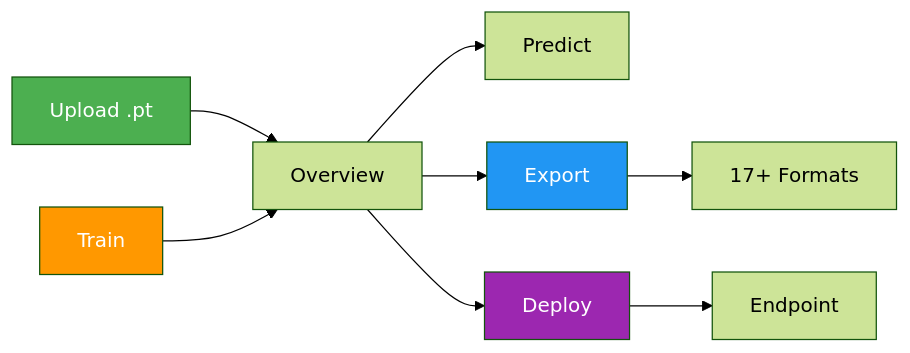
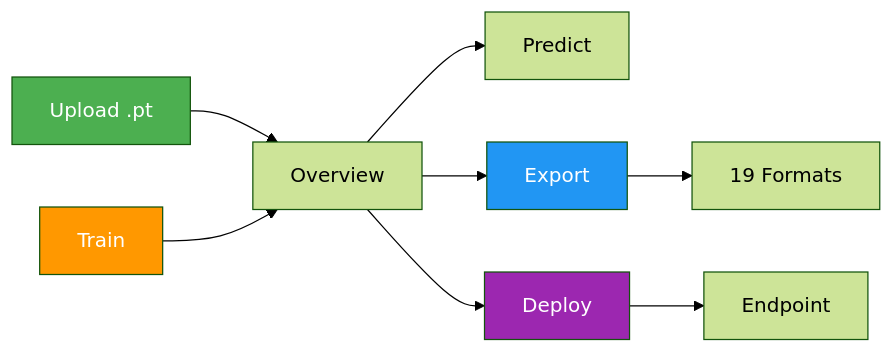
The first of 2 diagrams in docs/en/platform/train/models.md (ultralytics/ultralytics), drawn with Mermaid (forest theme) before and after one commit. The commit also changed other lines of this file and 4 other files, not shown here.

````diff
--- a/docs/en/platform/train/models.md
+++ b/docs/en/platform/train/models.md
@@ -54,15 +54,15 @@
 ```mermaid
 graph LR
     A[Upload .pt] --> B[Overview]
     C[Train] --> B
     B --> D[Predict]
     B --> E[Export]
     B --> F[Deploy]
-    E --> G[17+ Formats]
+    E --> G[19 Formats]
     F --> H[Endpoint]
 
     style A fill:#4CAF50,color:#fff
     style C fill:#FF9800,color:#fff
     style E fill:#2196F3,color:#fff
     style F fill:#9C27B0,color:#fff
 ```
````
